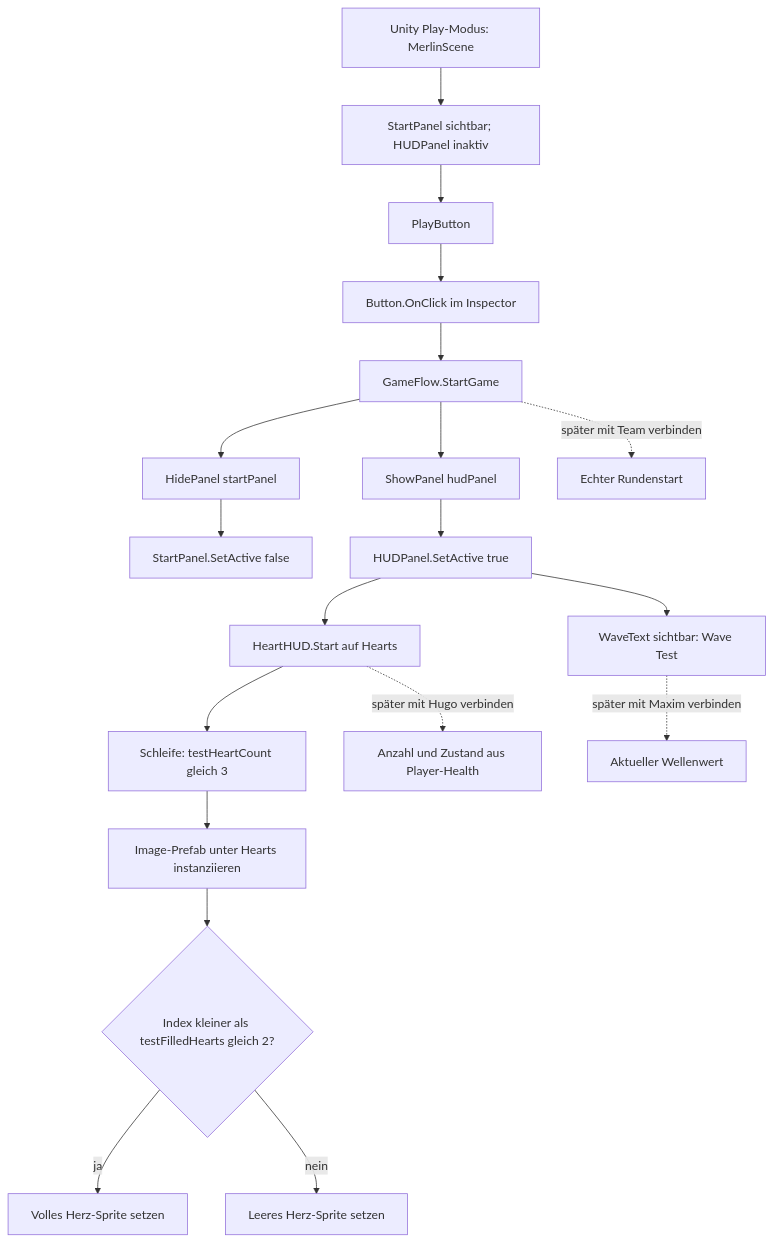
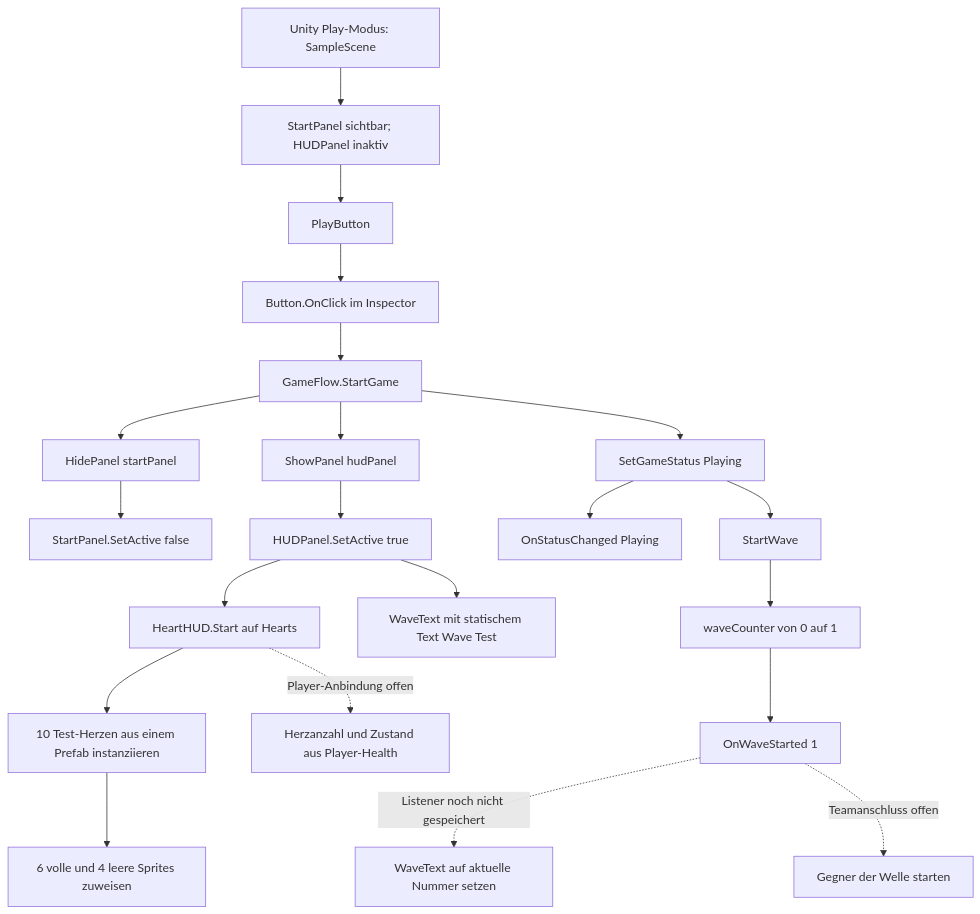
One commit to Huugway/Impfany changed the diagram in Docs/Merlin.md. Above: the diagram before and after it, drawn with Mermaid. The commit also changed other lines of this file, not shown here.

Commit message:
docs: refresh Merlin owner-four overview

````diff
--- a/Docs/Merlin.md
+++ b/Docs/Merlin.md
@@ -17,21 +18,23 @@
 ```mermaid
 flowchart TD
-    A[Unity Play-Modus: MerlinScene] --> B[StartPanel sichtbar; HUDPanel inaktiv]
+    A[Unity Play-Modus: SampleScene] --> B[StartPanel sichtbar; HUDPanel inaktiv]
     B --> C[PlayButton]
     C --> D[Button.OnClick im Inspector]
     D --> E[GameFlow.StartGame]
     E --> F[HidePanel startPanel]
     F --> G[StartPanel.SetActive false]
     E --> H[ShowPanel hudPanel]
     H --> I[HUDPanel.SetActive true]
     I --> J[HeartHUD.Start auf Hearts]
-    J --> K[Schleife: testHeartCount gleich 3]
-    K --> L[Image-Prefab unter Hearts instanziieren]
-    L --> M{Index kleiner als testFilledHearts gleich 2?}
-    M -- ja --> N[Volles Herz-Sprite setzen]
-    M -- nein --> O[Leeres Herz-Sprite setzen]
-    I --> P[WaveText sichtbar: Wave Test]
-    E -. später mit Team verbinden .-> Q[Echter Rundenstart]
-    J -. später mit Hugo verbinden .-> R[Anzahl und Zustand aus Player-Health]
-    P -. später mit Maxim verbinden .-> S[Aktueller Wellenwert]
+    J --> K[10 Test-Herzen aus einem Prefab instanziieren]
+    K --> L[6 volle und 4 leere Sprites zuweisen]
+    E --> M[SetGameStatus Playing]
+    M --> N[OnStatusChanged Playing]
+    M --> O[StartWave]
+    O --> P[waveCounter von 0 auf 1]
+    P --> Q[OnWaveStarted 1]
+    I --> R[WaveText mit statischem Text Wave Test]
+    Q -. Listener noch nicht gespeichert .-> S[WaveText auf aktuelle Nummer setzen]
+    Q -. Teamanschluss offen .-> T[Gegner der Welle starten]
+    J -. Player-Anbindung offen .-> U[Herzanzahl und Zustand aus Player-Health]
 ```
````
